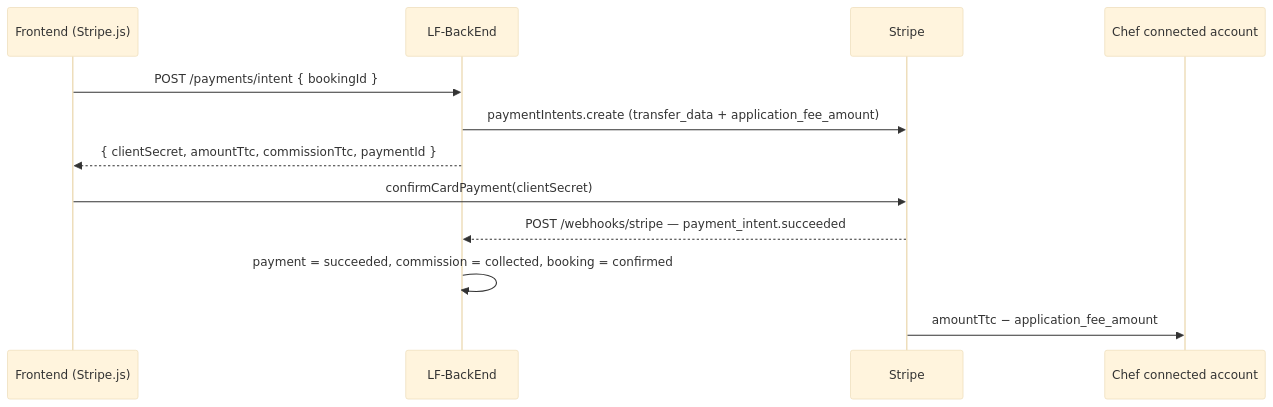
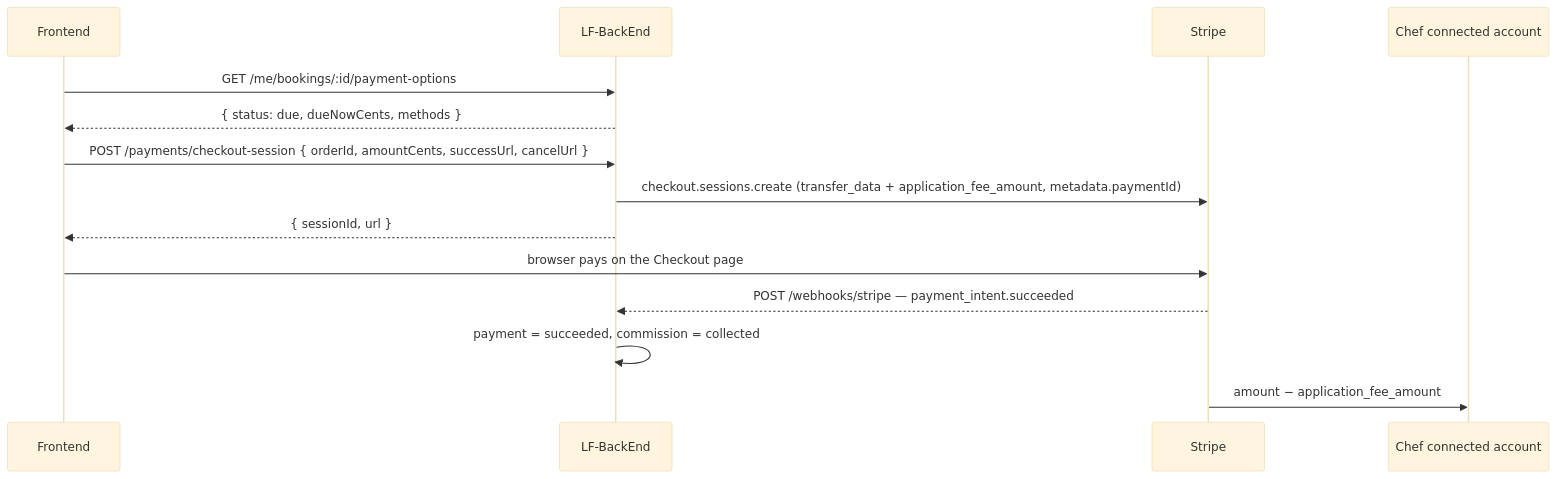
Before and after one commit to LabsFood/LF-BackEnd: the first of 2 diagrams in docs/payments/stripe-payments-contract.md, drawn with Mermaid (base theme). The commit also changed other lines of this file and 11 other files, not shown here.

````diff
--- a/docs/payments/stripe-payments-contract.md
+++ b/docs/payments/stripe-payments-contract.md
@@ -21,15 +23,17 @@
 ```mermaid
 sequenceDiagram
-    participant FE as Frontend (Stripe.js)
+    participant FE as Frontend
     participant API as LF-BackEnd
     participant S as Stripe
     participant Chef as Chef connected account
 
-    FE->>API: POST /payments/intent { bookingId }
-    API->>S: paymentIntents.create (transfer_data + application_fee_amount)
-    API-->>FE: { clientSecret, amountTtc, commissionTtc, paymentId }
-    FE->>S: confirmCardPayment(clientSecret)
+    FE->>API: GET /me/bookings/:id/payment-options
+    API-->>FE: { status: due, dueNowCents, methods }
+    FE->>API: POST /payments/checkout-session { orderId, amountCents, successUrl, cancelUrl }
+    API->>S: checkout.sessions.create (transfer_data + application_fee_amount, metadata.paymentId)
+    API-->>FE: { sessionId, url }
+    FE->>S: browser pays on the Checkout page
     S-->>API: POST /webhooks/stripe — payment_intent.succeeded
-    API->>API: payment = succeeded, commission = collected, booking = confirmed
-    S->>Chef: amountTtc − application_fee_amount
+    API->>API: payment = succeeded, commission = collected
+    S->>Chef: amount − application_fee_amount
 ```
````
